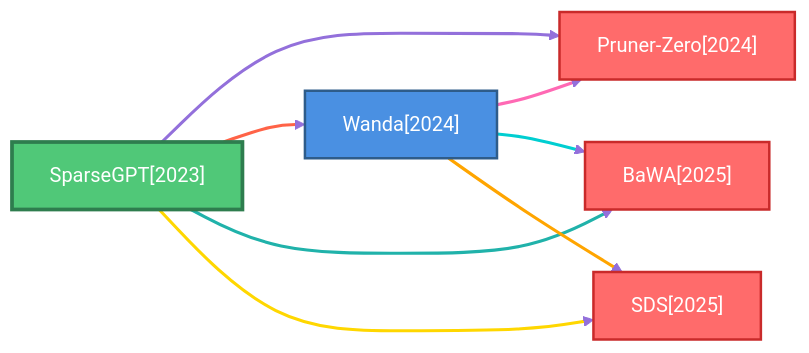
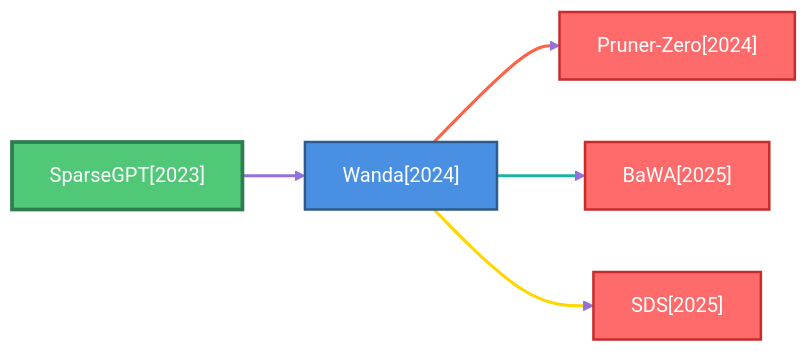
One commit to hustzxd/EfficientPaper changed the sixth of 11 diagrams in docs/baseline_methods_graph.md. Above: the diagram before and after it, drawn with Mermaid. The commit also changed other lines of this file and 42 other files, not shown here.

````diff
--- a/docs/baseline_methods_graph.md
+++ b/docs/baseline_methods_graph.md
@@ -375,33 +379,27 @@
 ```mermaid
 flowchart LR
     classDef defaultNode fill:#4A90E2,stroke:#2E5C8A,stroke-width:2px,color:#fff
     classDef rootNode fill:#50C878,stroke:#2E7D4E,stroke-width:3px,color:#fff
     classDef leafNode fill:#FF6B6B,stroke:#C92A2A,stroke-width:2px,color:#fff
     linkStyle default stroke:#9370DB,stroke-width:2px
 
     2023_SparseGPT["SparseGPT[2023]"]
     class 2023_SparseGPT rootNode
     2024_Pruner_Zero["Pruner-Zero[2024]"]
     class 2024_Pruner_Zero leafNode
     2024_Wanda["Wanda[2024]"]
     class 2024_Wanda defaultNode
     2025_BaWA["BaWA[2025]"]
     class 2025_BaWA leafNode
     2025_SDS["SDS[2025]"]
     class 2025_SDS leafNode
 
-    2023_SparseGPT ==>|" "| 2024_Pruner_Zero
+    2023_SparseGPT ==>|" "| 2024_Wanda
     linkStyle 0 stroke:#9370DB,stroke-width:2.5px
-    2023_SparseGPT ==>|" "| 2024_Wanda
+    2024_Wanda ==>|" "| 2024_Pruner_Zero
     linkStyle 1 stroke:#FF6347,stroke-width:2.5px
-    2023_SparseGPT ==>|" "| 2025_BaWA
+    2024_Wanda ==>|" "| 2025_BaWA
     linkStyle 2 stroke:#20B2AA,stroke-width:2.5px
-    2023_SparseGPT ==>|" "| 2025_SDS
+    2024_Wanda ==>|" "| 2025_SDS
     linkStyle 3 stroke:#FFD700,stroke-width:2.5px
-    2024_Wanda ==>|" "| 2024_Pruner_Zero
-    linkStyle 4 stroke:#FF69B4,stroke-width:2.5px
-    2024_Wanda ==>|" "| 2025_BaWA
-    linkStyle 5 stroke:#00CED1,stroke-width:2.5px
-    2024_Wanda ==>|" "| 2025_SDS
-    linkStyle 6 stroke:#FFA500,stroke-width:2.5px
 ```
````
